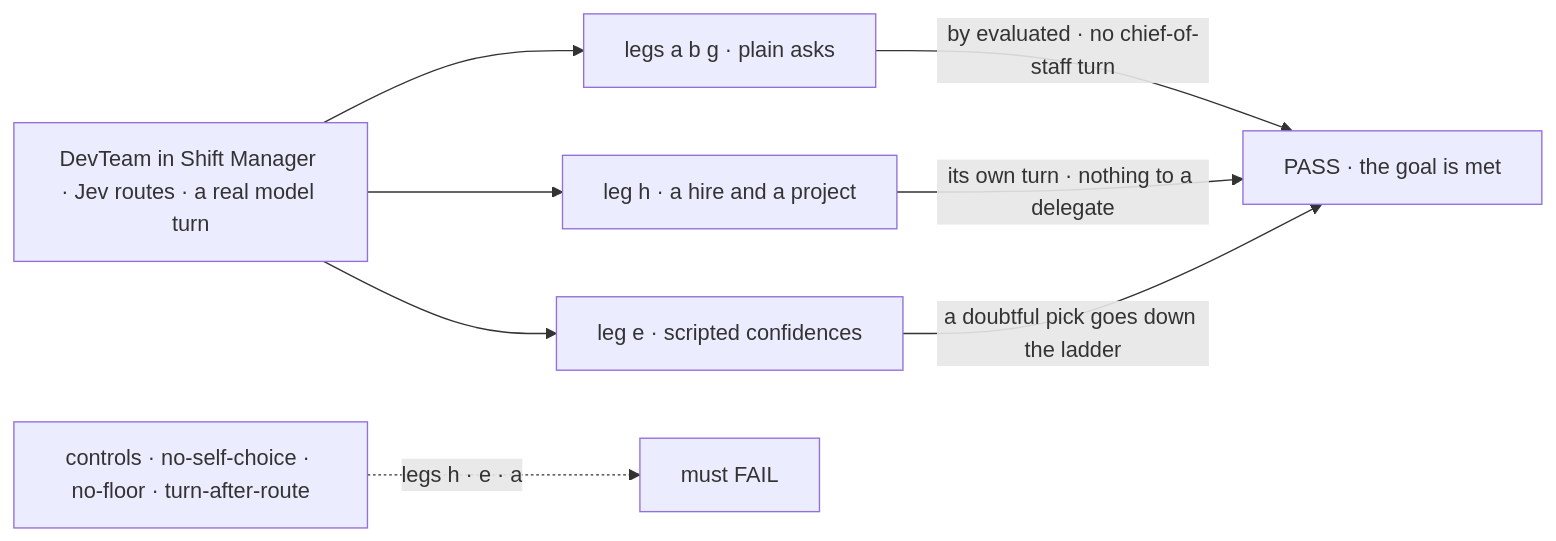
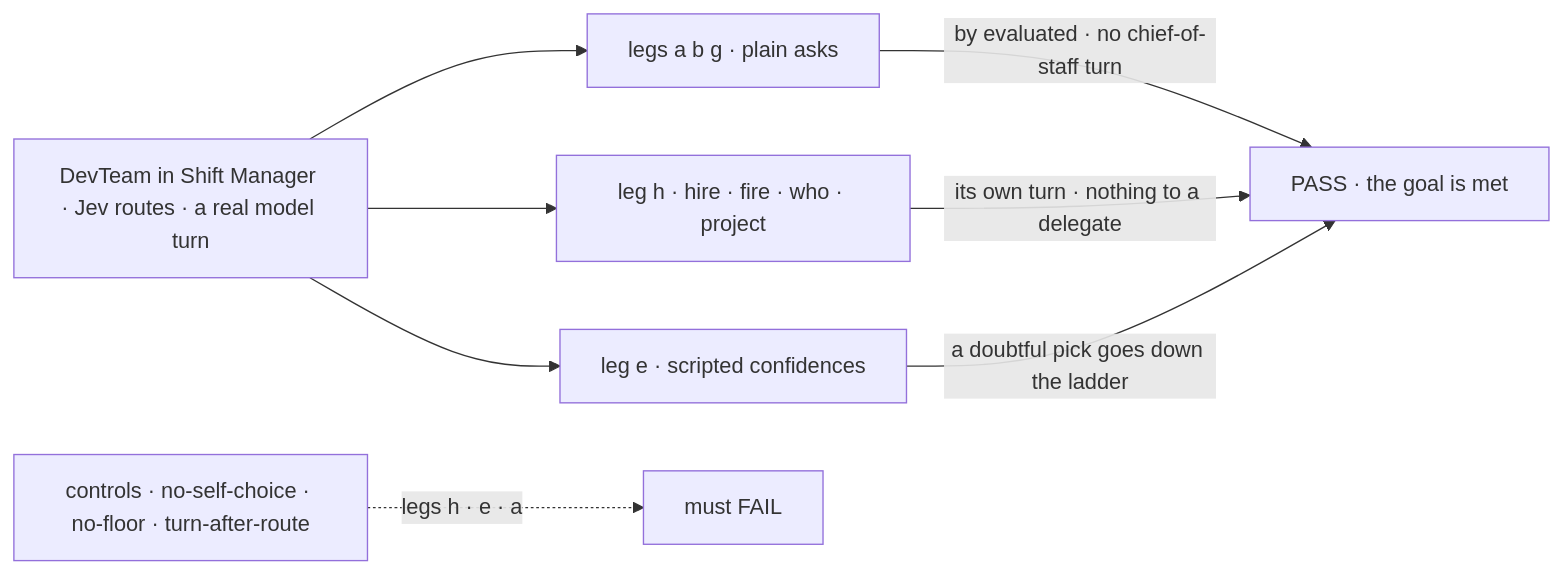
Before and after one commit to fixpoint-labs/flow-state-dev: the first of 2 diagrams in specs/issues/FIX-1833/SPEC.md, drawn with Mermaid.

Commit message:
spec(FIX-1833): leg h's four asks in the goal figure

````diff
--- a/specs/issues/FIX-1833/SPEC.md
+++ b/specs/issues/FIX-1833/SPEC.md
@@ -31,10 +31,10 @@
 ```mermaid
 flowchart LR
   F["DevTeam in Shift Manager · Jev routes · a real model turn"] --> A["legs a b g · plain asks"]
-  F --> H["leg h · a hire and a project"]
+  F --> H["leg h · hire · fire · who · project"]
   F --> E["leg e · scripted confidences"]
   A -->|"by evaluated · no chief-of-staff turn"| P["PASS · the goal is met"]
   H -->|"its own turn · nothing to a delegate"| P
   E -->|"a doubtful pick goes down the ladder"| P
   X["controls · no-self-choice · no-floor · turn-after-route"] -.->|"legs h · e · a"| N["must FAIL"]
 ```
````
